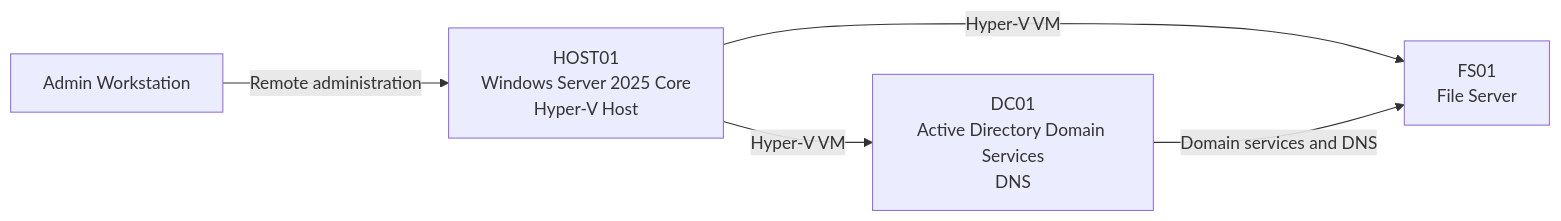
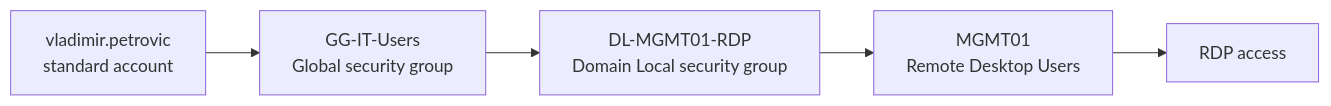
The second of 2 diagrams in README.md (vladimir-petrovic-it/AZ-802-Windows-Server-Hybrid-Lab), drawn with Mermaid before and after one commit. The commit also changed other lines of this file, not shown here.

Commit message:
docs: update lab architecture and current status

````diff
--- a/README.md
+++ b/README.md
@@ -9,12 +58,10 @@
 ```mermaid
 flowchart LR
-    ADMIN["Admin Workstation"]
-    HOST["HOST01<br/>Windows Server 2025 Core<br/>Hyper-V Host"]
-    DC["DC01<br/>Active Directory Domain Services<br/>DNS"]
-    FS["FS01<br/>File Server"]
+    USER["vladimir.petrovic<br/>standard account"]
+    GG["GG-IT-Users<br/>Global security group"]
+    DL["DL-MGMT01-RDP<br/>Domain Local security group"]
+    LOCAL["MGMT01<br/>Remote Desktop Users"]
+    RDP["RDP access"]
 
-    ADMIN -->|Remote administration| HOST
-    HOST -->|Hyper-V VM| DC
-    HOST -->|Hyper-V VM| FS
-    DC -->|Domain services and DNS| FS
+    USER --> GG --> DL --> LOCAL --> RDP
 ```
````
